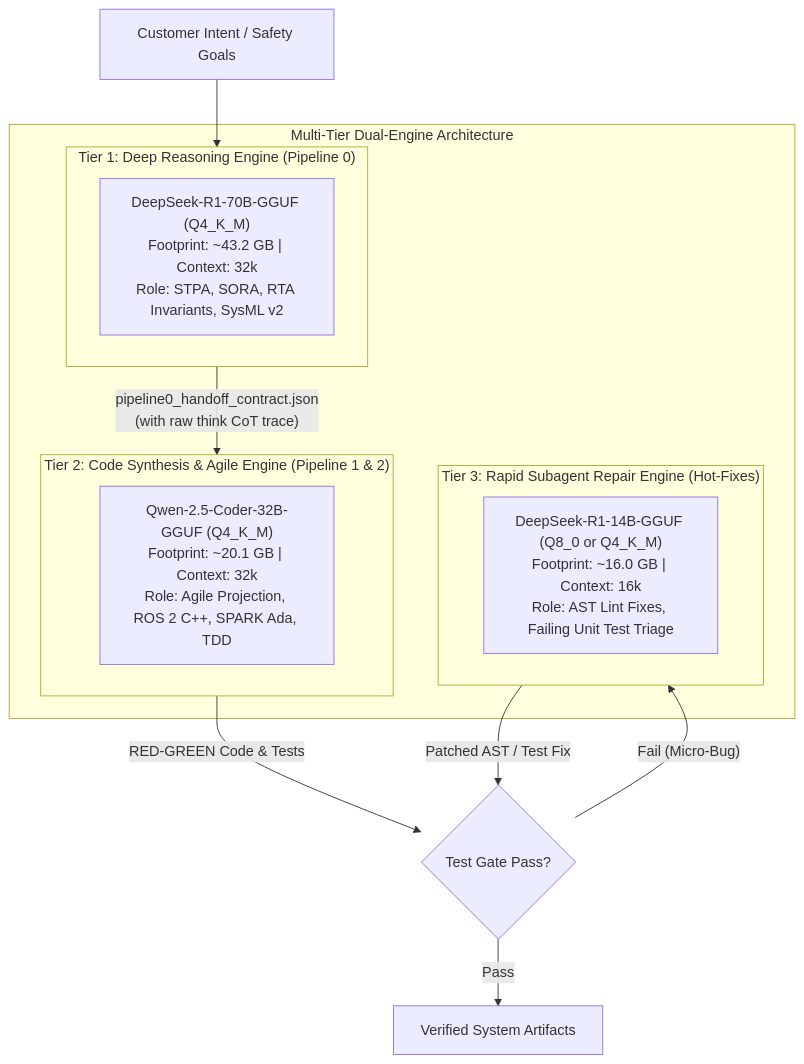
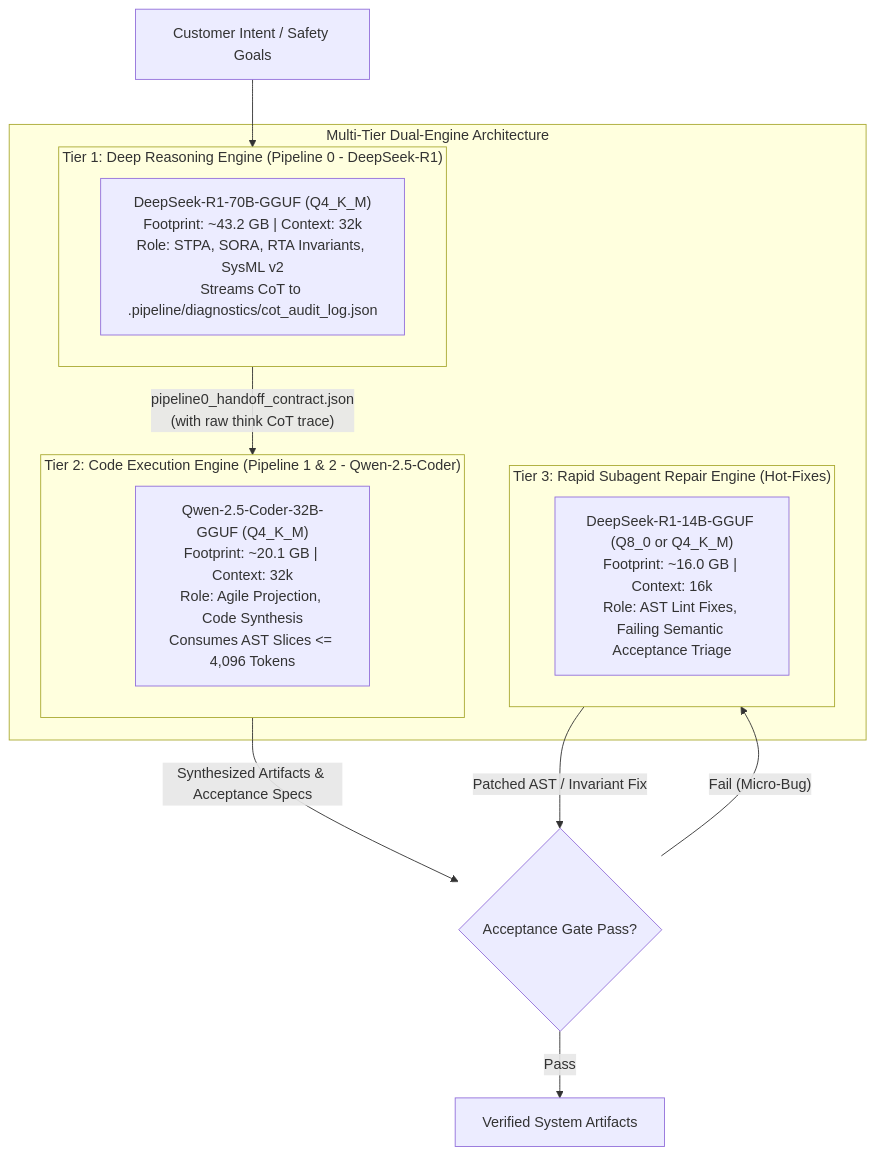
The fourth of 5 diagrams in docs/architecture/blueprints/DEAP_LOCAL_AIRGAPPED_DEEPSEEK_WORKSTATION_BLUEPRINT.md (gintatkinson/DEAP01-spec-core), drawn with Mermaid before and after one commit. The commit also changed other lines of this file and 34 other files, not shown here.

Commit message:
docs(architecture): decontaminate reference blueprints and establish master execution plan (refs #405, refs #406)

````diff
--- a/docs/architecture/blueprints/DEAP_LOCAL_AIRGAPPED_DEEPSEEK_WORKSTATION_BLUEPRINT.md
+++ b/docs/architecture/blueprints/DEAP_LOCAL_AIRGAPPED_DEEPSEEK_WORKSTATION_BLUEPRINT.md
@@ -290,23 +316,23 @@
 ```mermaid
 flowchart TD
     subgraph DualEngineTopology["Multi-Tier Dual-Engine Architecture"]
-        subgraph Tier1["Tier 1: Deep Reasoning Engine (Pipeline 0)"]
-            R1["DeepSeek-R1-70B-GGUF (Q4_K_M)\nFootprint: ~43.2 GB | Context: 32k\nRole: STPA, SORA, RTA Invariants, SysML v2"]
+        subgraph Tier1["Tier 1: Deep Reasoning Engine (Pipeline 0 - DeepSeek-R1)"]
+            R1["DeepSeek-R1-70B-GGUF (Q4_K_M)\nFootprint: ~43.2 GB | Context: 32k\nRole: STPA, SORA, RTA Invariants, SysML v2\nStreams CoT to .pipeline/diagnostics/cot_audit_log.json"]
         end
 
-        subgraph Tier2["Tier 2: Code Synthesis & Agile Engine (Pipeline 1 & 2)"]
-            Coder["Qwen-2.5-Coder-32B-GGUF (Q4_K_M)\nFootprint: ~20.1 GB | Context: 32k\nRole: Agile Projection, ROS 2 C++, SPARK Ada, TDD"]
+        subgraph Tier2["Tier 2: Code Execution Engine (Pipeline 1 & 2 - Qwen-2.5-Coder)"]
+            Coder["Qwen-2.5-Coder-32B-GGUF (Q4_K_M)\nFootprint: ~20.1 GB | Context: 32k\nRole: Agile Projection, Code Synthesis\nConsumes AST Slices <= 4,096 Tokens"]
         end
 
         subgraph Tier3["Tier 3: Rapid Subagent Repair Engine (Hot-Fixes)"]
-            Repair["DeepSeek-R1-14B-GGUF (Q8_0 or Q4_K_M)\nFootprint: ~16.0 GB | Context: 16k\nRole: AST Lint Fixes, Failing Unit Test Triage"]
+            Repair["DeepSeek-R1-14B-GGUF (Q8_0 or Q4_K_M)\nFootprint: ~16.0 GB | Context: 16k\nRole: AST Lint Fixes, Failing Semantic Acceptance Triage"]
         end
     end
 
     P0_Req["Customer Intent / Safety Goals"] --> Tier1
     Tier1 -->|"pipeline0_handoff_contract.json\n(with raw think CoT trace)"| Tier2
-    Tier2 -->|"RED-GREEN Code & Tests"| TestGate{"Test Gate Pass?"}
+    Tier2 -->|"Synthesized Artifacts & Acceptance Specs"| TestGate{"Acceptance Gate Pass?"}
     TestGate -- "Pass" --> Release["Verified System Artifacts"]
     TestGate -- "Fail (Micro-Bug)" --> Tier3
-    Tier3 -->|"Patched AST / Test Fix"| TestGate
+    Tier3 -->|"Patched AST / Invariant Fix"| TestGate
 ```
````
